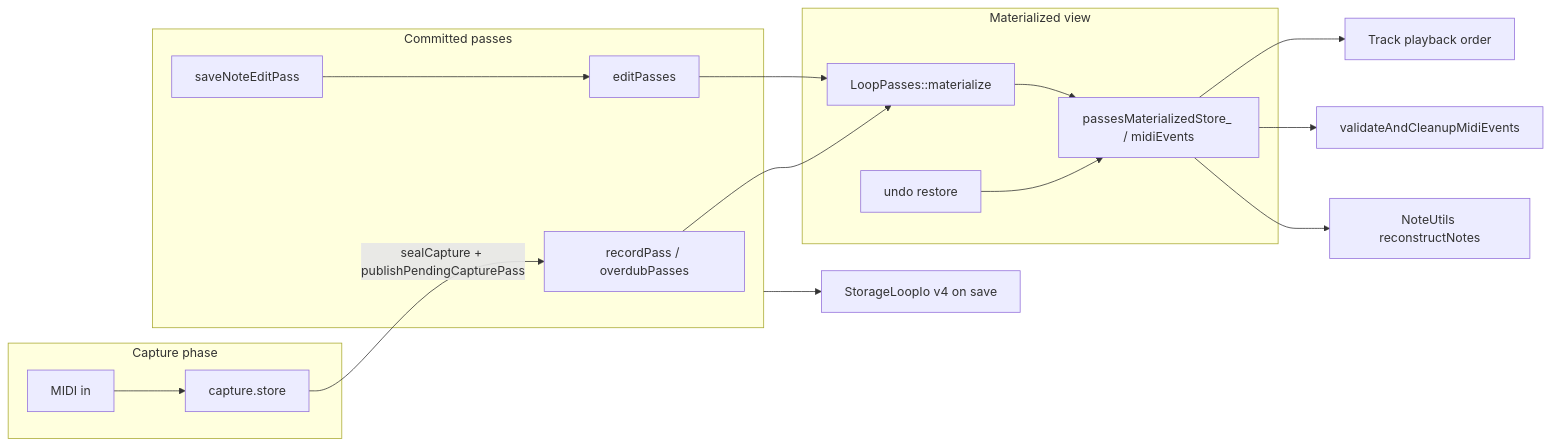
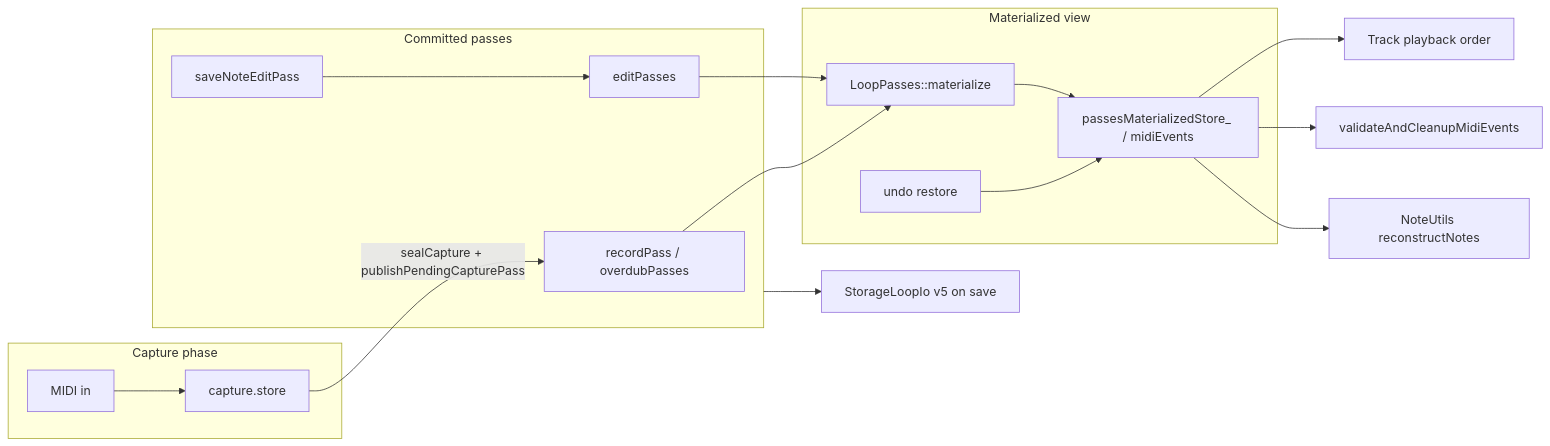
The diagram in docs/Guides/LOOP_MIDI_STORAGE_AND_VALIDATION.md (Lytrix/MidiLooper), drawn with Mermaid before and after one commit. The commit also changed other lines of this file and 26 other files, not shown here.

````diff
--- a/docs/Guides/LOOP_MIDI_STORAGE_AND_VALIDATION.md
+++ b/docs/Guides/LOOP_MIDI_STORAGE_AND_VALIDATION.md
@@ -19,20 +19,20 @@
 ```mermaid
 flowchart LR
   subgraph capture [Capture phase]
     IN[MIDI in] --> captureStore[capture.store]
   end
   subgraph passes [Committed passes]
     captureStore -->|sealCapture + publishPendingCapturePass| recordPass[recordPass / overdubPasses]
     saveEdit[saveNoteEditPass] --> editPasses[editPasses]
   end
   subgraph materialized [Materialized view]
     recordPass --> materialize[LoopPasses::materialize]
     editPasses --> materialize
     materialize --> materializedStore[passesMaterializedStore_ / midiEvents]
     undoRestore[undo restore] --> materializedStore
   end
   materializedStore --> playback[Track playback order]
   materializedStore --> validate[validateAndCleanupMidiEvents]
   materializedStore --> display[NoteUtils reconstructNotes]
-  passes --> sdSave[StorageLoopIo v4 on save]
+  passes --> sdSave[StorageLoopIo v5 on save]
 ```
````
